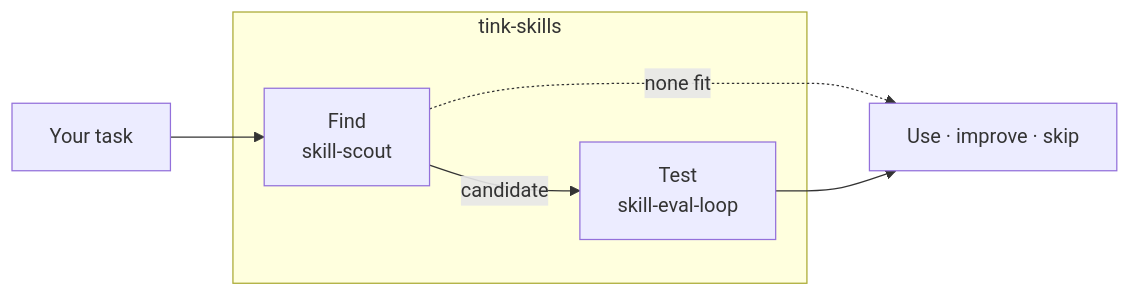
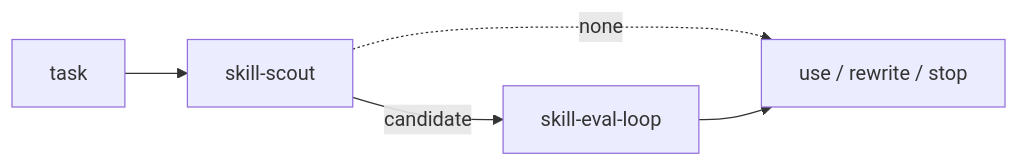
One commit to bradAGI/tink-skills changed the first of 2 diagrams in README.md. Above: the diagram before and after it, drawn with Mermaid. The commit also changed other lines of this file, not shown here.

First line of the commit message:
Rewrite README for Tink-first first-path clarity.

````diff
--- a/README.md
+++ b/README.md
@@ -17,12 +8,7 @@
 ```mermaid
 flowchart LR
-    A["Your task"] --> B["Find<br/>skill-scout"]
-    B -->|candidate| C["Test<br/>skill-eval-loop"]
-    B -.->|none fit| D["Use · improve · skip"]
+    A["task"] --> B["skill-scout"]
+    B -->|candidate| C["skill-eval-loop"]
+    B -.->|none| D["use / rewrite / stop"]
     C --> D
-
-    subgraph tink-skills
-        B
-        C
-    end
 ```
````
